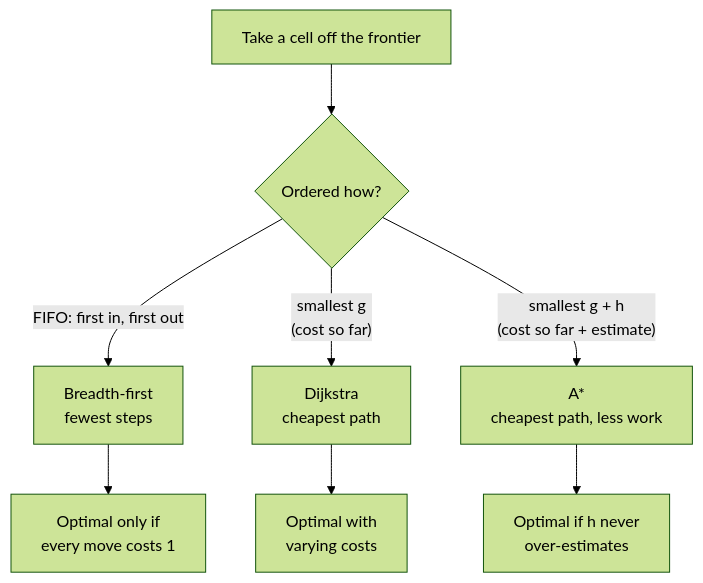
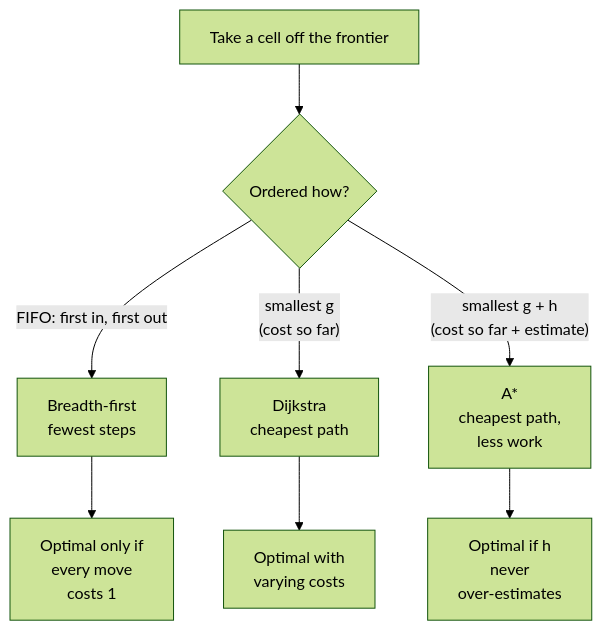
The diagram in notes/topics/t24_pathfinding/t24_pathfinding_notes.md (nmcguinness/L8-OOP-Module-Content), drawn with Mermaid before and after one commit. The commit also changed other lines of this file and 3 other files, not shown here.

Commit message:
Fixed diagram wrapping

````diff
--- a/notes/topics/t24_pathfinding/t24_pathfinding_notes.md
+++ b/notes/topics/t24_pathfinding/t24_pathfinding_notes.md
@@ -273,13 +295,13 @@
 ```mermaid
 %%{init: { "theme": "forest" }}%%
 flowchart TD
     accTitle: How the three searches order their frontier
     accDescr: "One loop, three orderings. A FIFO queue gives breadth-first search, which is optimal only when every move costs the same. A priority queue ordered by cost so far gives Dijkstra, which is optimal with varying costs. A priority queue ordered by cost so far plus an estimate of the cost remaining gives A star, which is optimal when the estimate never over-estimates."
     A["Take a cell off the frontier"] --> B{"Ordered how?"}
     B -->|"FIFO: first in, first out"| C["Breadth-first<br/>fewest steps"]
     B -->|"smallest g<br/>(cost so far)"| D["Dijkstra<br/>cheapest path"]
-    B -->|"smallest g + h<br/>(cost so far + estimate)"| E["A*<br/>cheapest path, less work"]
-    C --> F["Optimal only if<br/>every move costs 1"]
+    B -->|"smallest g + h<br/>(cost so far + estimate)"| E["A*<br/>cheapest path,<br/>less work"]
+    C --> F["Optimal only if<br/>every move <br/>costs 1"]
     D --> G["Optimal with<br/>varying costs"]
-    E --> H["Optimal if h never<br/>over-estimates"]
+    E --> H["Optimal if h<br/>never<br/>over-estimates"]
 ```
````
